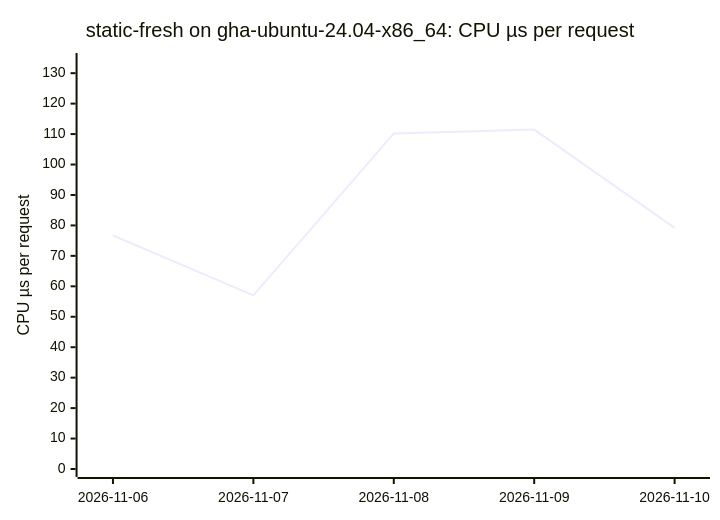
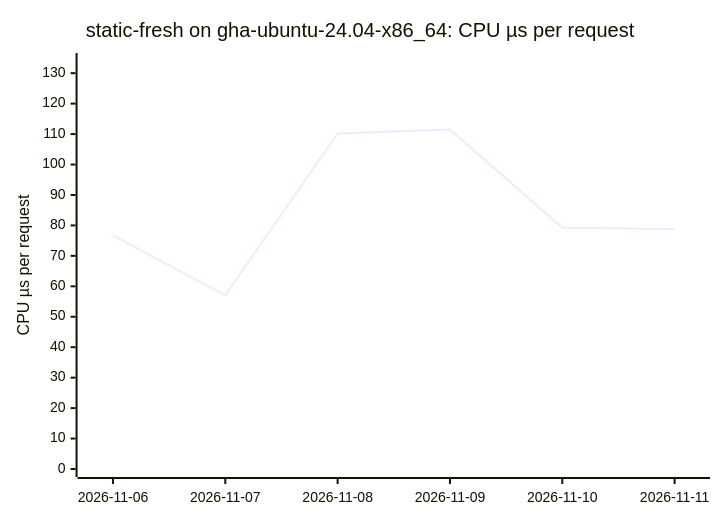
The third of 18 diagrams in BENCHMARKS.md (ThePixelPilgrim/durchlauferhitzer), drawn with Mermaid before and after one commit. The commit also changed other lines of this file and 1 other file, not shown here.

````diff
--- a/BENCHMARKS.md
+++ b/BENCHMARKS.md
@@ -46,7 +46,7 @@
 ```mermaid
 xychart-beta
   title "static-fresh on gha-ubuntu-24.04-x86_64: CPU µs per request"
-  x-axis ["2026-11-06", "2026-11-07", "2026-11-08", "2026-11-09", "2026-11-10"]
+  x-axis ["2026-11-06", "2026-11-07", "2026-11-08", "2026-11-09", "2026-11-10", "2026-11-11"]
   y-axis "CPU µs per request" 0 --> 134
-  line [76.72, 57.05, 110.20, 111.47, 79.20]
+  line [76.72, 57.05, 110.20, 111.47, 79.20, 78.85]
 ```
````
